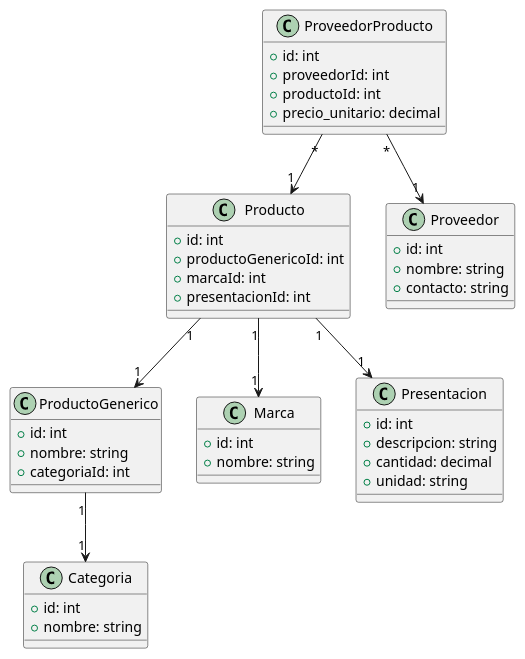
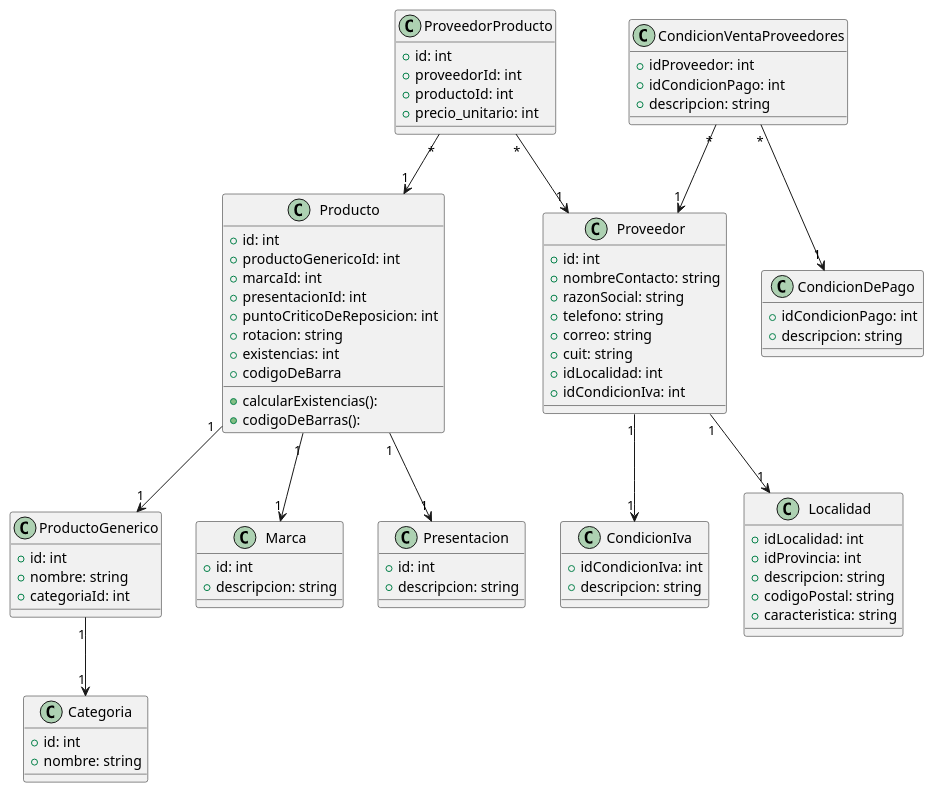
One commit to MiolaTomas/DiagramasUML changed the diagram in Practica Profesionalizante/controlstock.plantuml. Above: the diagram before and after it, drawn with PlantUML.

Commit message:
arreglos diagrama de clases practica profesionalizante

```diff
--- a/Practica Profesionalizante/controlstock.plantuml
+++ b/Practica Profesionalizante/controlstock.plantuml
@@ -1,54 +1,93 @@
 @startuml
 
 class Categoria {
   +id: int
   +nombre: string
 }
 
 class ProductoGenerico {
   +id: int
   +nombre: string
   +categoriaId: int
 }
 
 class Marca {
   +id: int
-  +nombre: string
+  +descripcion: string
 }
 
 class Presentacion {
   +id: int
   +descripcion: string
-  +cantidad: decimal
-  +unidad: string
 }
 
 class Producto {
   +id: int
   +productoGenericoId: int
   +marcaId: int
   +presentacionId: int
+  +puntoCriticoDeReposicion: int
+  +rotacion: string
+  +existencias: int
+  +codigoDeBarra
+
+  +calcularExistencias(): 
+  +codigoDeBarras():
 }
 
 class Proveedor {
   +id: int
-  +nombre: string
-  +contacto: string
+  +nombreContacto: string
+  +razonSocial: string
+  +telefono: string
+  +correo: string
+  +cuit: string
+  +idLocalidad: int
+  +idCondicionIva: int
+}
+
+class CondicionIva {
+  +idCondicionIva: int
+  +descripcion: string
+}
+
+class Localidad {
+  +idLocalidad: int
+  +idProvincia: int
+  +descripcion: string
+  +codigoPostal: string
+  +caracteristica: string
+}
+
+class CondicionVentaProveedores {
+  +idProveedor: int
+  +idCondicionPago: int
+  +descripcion: string
+}
+
+class CondicionDePago {
+  +idCondicionPago: int
+  +descripcion: string
 }
 
 class ProveedorProducto {
   +id: int
   +proveedorId: int
   +productoId: int
-  +precio_unitario: decimal
+  +precio_unitario: int
 }
 
 ProductoGenerico "1" --> "1" Categoria
 Producto "1" --> "1" ProductoGenerico
 Producto "1" --> "1" Marca
 Producto "1" --> "1" Presentacion
 
 ProveedorProducto "*" --> "1" Proveedor
 ProveedorProducto "*" --> "1" Producto
 
+Proveedor "1" --> "1" CondicionIva
+Proveedor "1" --> "1" Localidad
+
+CondicionVentaProveedores "*" --> "1" Proveedor
+CondicionVentaProveedores "*" --> "1" CondicionDePago
 @enduml
```
